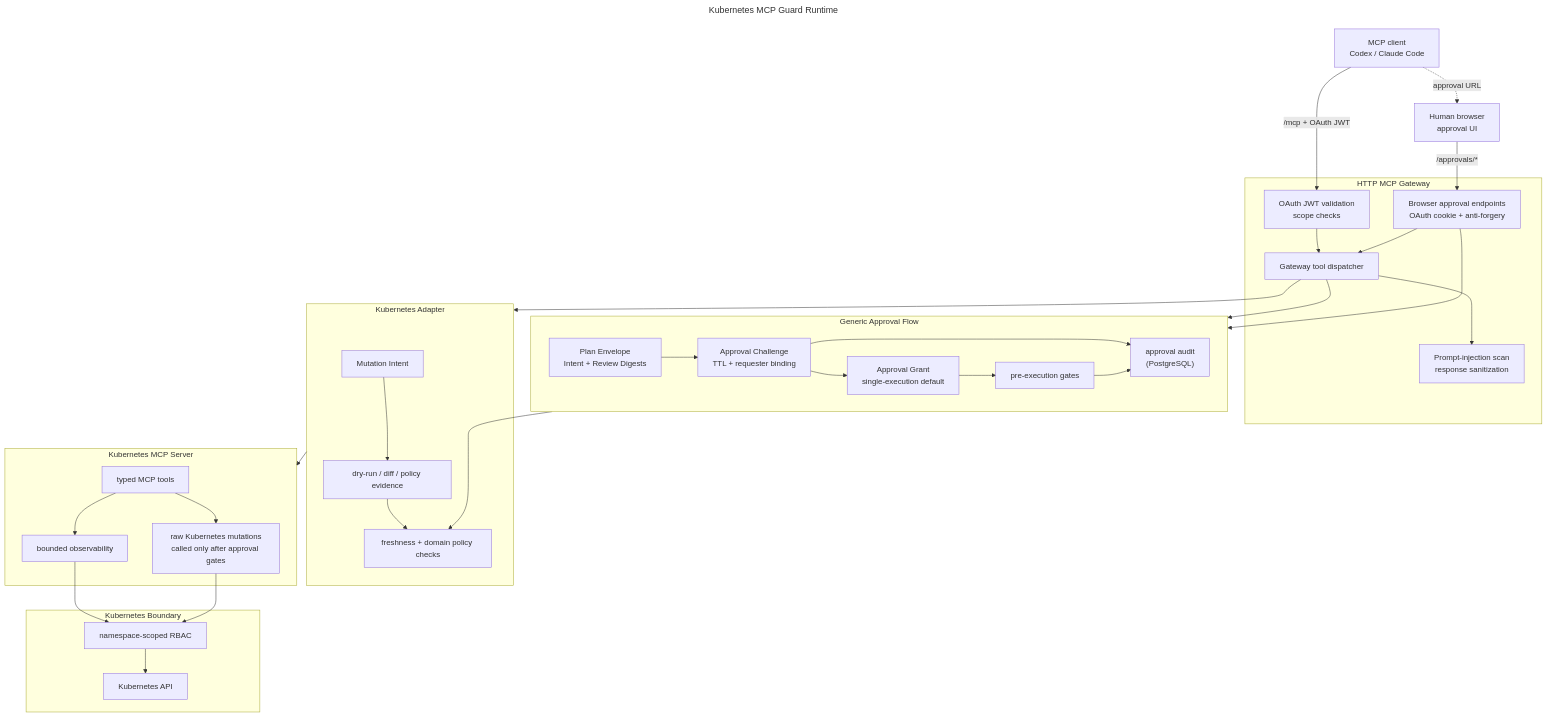
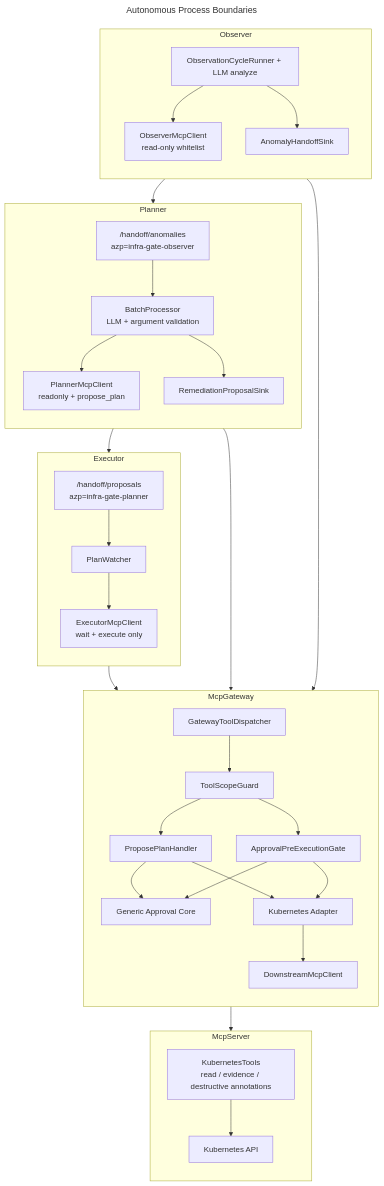
The diagram in README.md (mirusser/Kubernetes-MCP-Guard), drawn with Mermaid before and after one commit. The commit also changed other lines of this file and 18 other files, not shown here.

Commit message:
refactor: Readme diagram clenup and MCP gateway removed unused usings

````diff
--- a/README.md
+++ b/README.md
@@ -57,65 +57,63 @@
 ```mermaid
 ---
-title: Kubernetes MCP Guard Runtime
+title: Autonomous Process Boundaries
 ---
 flowchart TB
-    Client["MCP client<br/>Codex / Claude Code"]
-    Browser["Human browser<br/>approval UI"]
-
-    subgraph Gateway["HTTP MCP Gateway"]
-        Auth["OAuth JWT validation<br/>scope checks"]
-        Guardrails["Prompt-injection scan<br/>response sanitization"]
-        ApprovalUI["Browser approval endpoints<br/>OAuth cookie + anti-forgery"]
-        Dispatcher["Gateway tool dispatcher"]
-        Auth --> Dispatcher
-        Dispatcher --> Guardrails
-        ApprovalUI --> Dispatcher
+    subgraph ObserverProc["Observer"]
+        direction TB
+        ORunner["ObservationCycleRunner + LLM analyze"]
+        OMcp["ObserverMcpClient<br/>read-only whitelist"]
+        OHandoff["AnomalyHandoffSink"]
+        ORunner --> OMcp
+        ORunner --> OHandoff
     end
 
-    subgraph Core["Generic Approval Flow"]
-        direction LR
-        Envelope["Plan Envelope<br/>Intent + Review Digests"]
-        Challenge["Approval Challenge<br/>TTL + requester binding"]
-        Grant["Approval Grant<br/>single-execution default"]
-        Gates["pre-execution gates"]
-        Audit["approval audit<br/>(PostgreSQL)"]
-        Envelope --> Challenge
-        Challenge --> Grant
-        Grant --> Gates
-        Challenge --> Audit
-        Gates --> Audit
+    subgraph PlannerProc["Planner"]
+        direction TB
+        PIn["/handoff/anomalies<br/>azp=infra-gate-observer"]
+        PBatch["BatchProcessor<br/>LLM + argument validation"]
+        PMcp["PlannerMcpClient<br/>readonly + propose_plan"]
+        POut["RemediationProposalSink"]
+        PIn --> PBatch --> PMcp
+        PBatch --> POut
     end
 
-    subgraph Adapter["Kubernetes Adapter"]
-        Intent["Mutation Intent"]
-        Evidence["dry-run / diff / policy evidence"]
-        Freshness["freshness + domain policy checks"]
-        Intent --> Evidence
-        Evidence --> Freshness
+    subgraph ExecutorProc["Executor"]
+        direction TB
+        EIn["/handoff/proposals<br/>azp=infra-gate-planner"]
+        Watch["PlanWatcher"]
+        EMcp["ExecutorMcpClient<br/>wait + execute only"]
+        EIn --> Watch --> EMcp
     end
 
-    subgraph Server["Kubernetes MCP Server"]
-        Tools["typed MCP tools"]
-        Reads["bounded observability"]
-        Mutations["raw Kubernetes mutations<br/>called only after approval gates"]
-        Tools --> Reads
-        Tools --> Mutations
+    subgraph GatewayProc["McpGateway"]
+        direction TB
+        Dispatch["GatewayToolDispatcher"]
+        Scope["ToolScopeGuard"]
+        ProposeHandler["ProposePlanHandler"]
+        Approval["Generic Approval Core"]
+        PreGate["ApprovalPreExecutionGate"]
+        AdapterBoundary["Kubernetes Adapter"]
+        DownstreamClient["DownstreamMcpClient"]
+        Dispatch --> Scope
+        Scope --> ProposeHandler --> Approval
+        Scope --> PreGate --> Approval
+        ProposeHandler --> AdapterBoundary
+        PreGate --> AdapterBoundary
+        AdapterBoundary --> DownstreamClient
     end
 
-    subgraph K8s["Kubernetes Boundary"]
-        RBAC["namespace-scoped RBAC"]
+    subgraph ServerProc["McpServer"]
+        direction TB
+        Tools["KubernetesTools<br/>read / evidence / destructive annotations"]
         API["Kubernetes API"]
-        RBAC --> API
+        Tools --> API
     end
 
-    Client -->|"/mcp + OAuth JWT"| Auth
-    Dispatcher --> Adapter
-    Adapter --> Server
-    Dispatcher --> Envelope
-    ApprovalUI --> Challenge
-    Gates --> Freshness
-    Client -.->|"approval URL"| Browser
-    Browser -->|"/approvals/*"| ApprovalUI
-    Reads --> RBAC
-    Mutations --> RBAC
+    OMcp --> Dispatch
+    OHandoff --> PIn
+    PMcp --> Dispatch
+    POut --> EIn
+    EMcp --> Dispatch
+    DownstreamClient --> Tools
 ```
````
